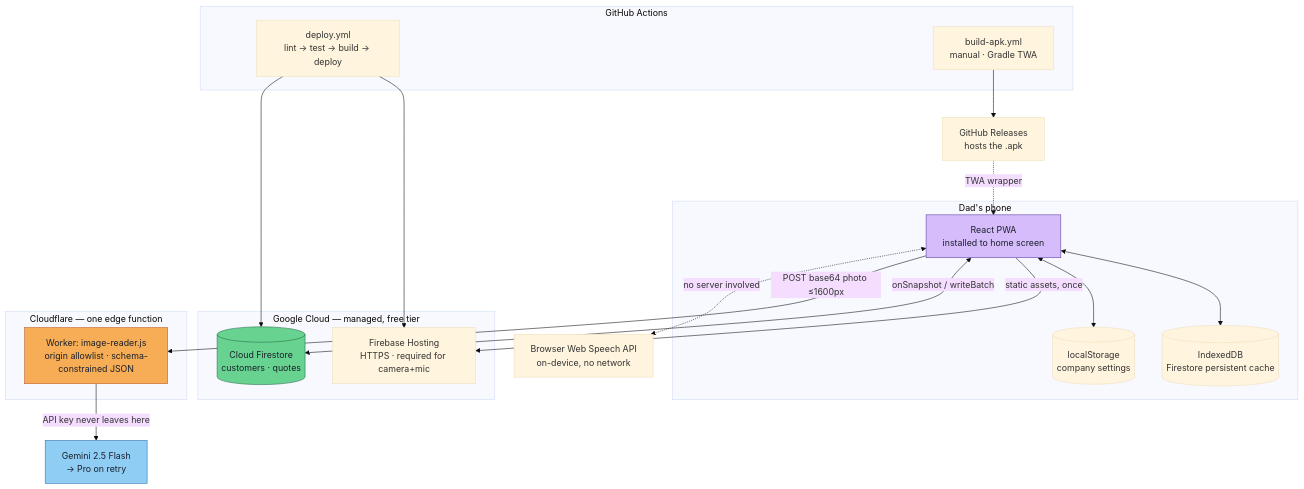
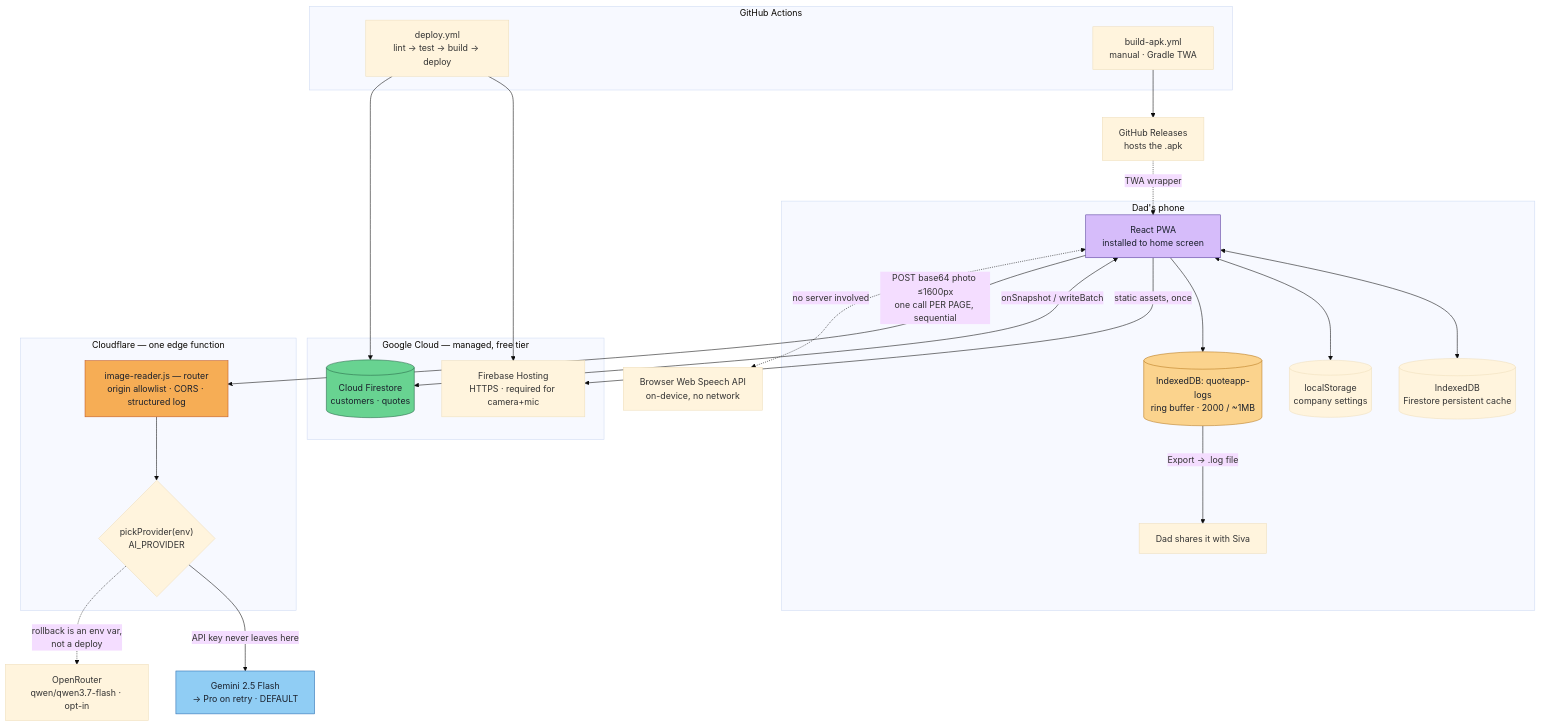
One commit to sivasanka1996/quoteapp changed the first of 7 diagrams in DESIGN.md. Above: the diagram before and after it, drawn with Mermaid (base theme). The commit also changed other lines of this file and 16 other files, not shown here.

First line of the commit message:
Make the model swappable, and let Dad photograph a five-page order

````diff
--- a/DESIGN.md
+++ b/DESIGN.md
@@ -66,43 +66,51 @@
 ```mermaid
 flowchart TB
     subgraph device["Dad's phone"]
         pwa["React PWA<br/>installed to home screen"]
         idb[("IndexedDB<br/>Firestore persistent cache")]
+        logs[("IndexedDB: quoteapp-logs<br/>ring buffer · 2000 / ~1MB")]
         ls[("localStorage<br/>company settings")]
         pwa <--> idb
         pwa <--> ls
+        pwa --> logs
+        logs -->|"Export → .log file"| share["Dad shares it with Siva"]
     end
 
     subgraph google["Google Cloud — managed, free tier"]
         host["Firebase Hosting<br/>HTTPS · required for camera+mic"]
         fs[("Cloud Firestore<br/>customers · quotes")]
     end
 
     subgraph cf["Cloudflare — one edge function"]
-        wk["Worker: image-reader.js<br/>origin allowlist · schema-constrained JSON"]
+        wk["image-reader.js — router<br/>origin allowlist · CORS · structured log"]
+        prov{"pickProvider(env)<br/>AI_PROVIDER"}
+        wk --> prov
     end
 
-    gem["Gemini 2.5 Flash<br/>→ Pro on retry"]
+    gem["Gemini 2.5 Flash<br/>→ Pro on retry · DEFAULT"]
+    orouter["OpenRouter<br/>qwen/qwen3.7-flash · opt-in"]
     speech["Browser Web Speech API<br/>on-device, no network"]
 
     pwa -->|"static assets, once"| host
     pwa <-->|"onSnapshot / writeBatch"| fs
-    pwa -->|"POST base64 photo ≤1600px"| wk
-    wk -->|"API key never leaves here"| gem
+    pwa -->|"POST base64 photo ≤1600px<br/>one call PER PAGE, sequential"| wk
+    prov -->|"API key never leaves here"| gem
+    prov -.->|"rollback is an env var,<br/>not a deploy"| orouter
     pwa <-.->|"no server involved"| speech
 
     subgraph ci["GitHub Actions"]
         deploy["deploy.yml<br/>lint → test → build → deploy"]
         apk["build-apk.yml<br/>manual · Gradle TWA"]
     end
 
     deploy --> host
     deploy --> fs
     apk --> rel["GitHub Releases<br/>hosts the .apk"]
     rel -.->|"TWA wrapper"| pwa
 
     style wk fill:#f6ad55,stroke:#c05621,color:#1a202c
     style fs fill:#68d391,stroke:#276749,color:#1a202c
     style gem fill:#90cdf4,stroke:#2b6cb0,color:#1a202c
     style pwa fill:#d6bcfa,stroke:#553c9a,color:#1a202c
+    style logs fill:#fbd38d,stroke:#b7791f,color:#1a202c
 ```
````
